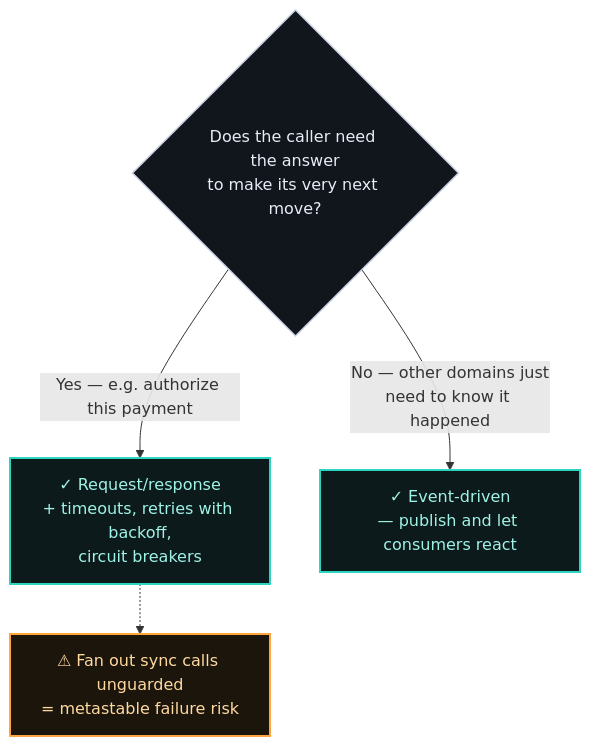
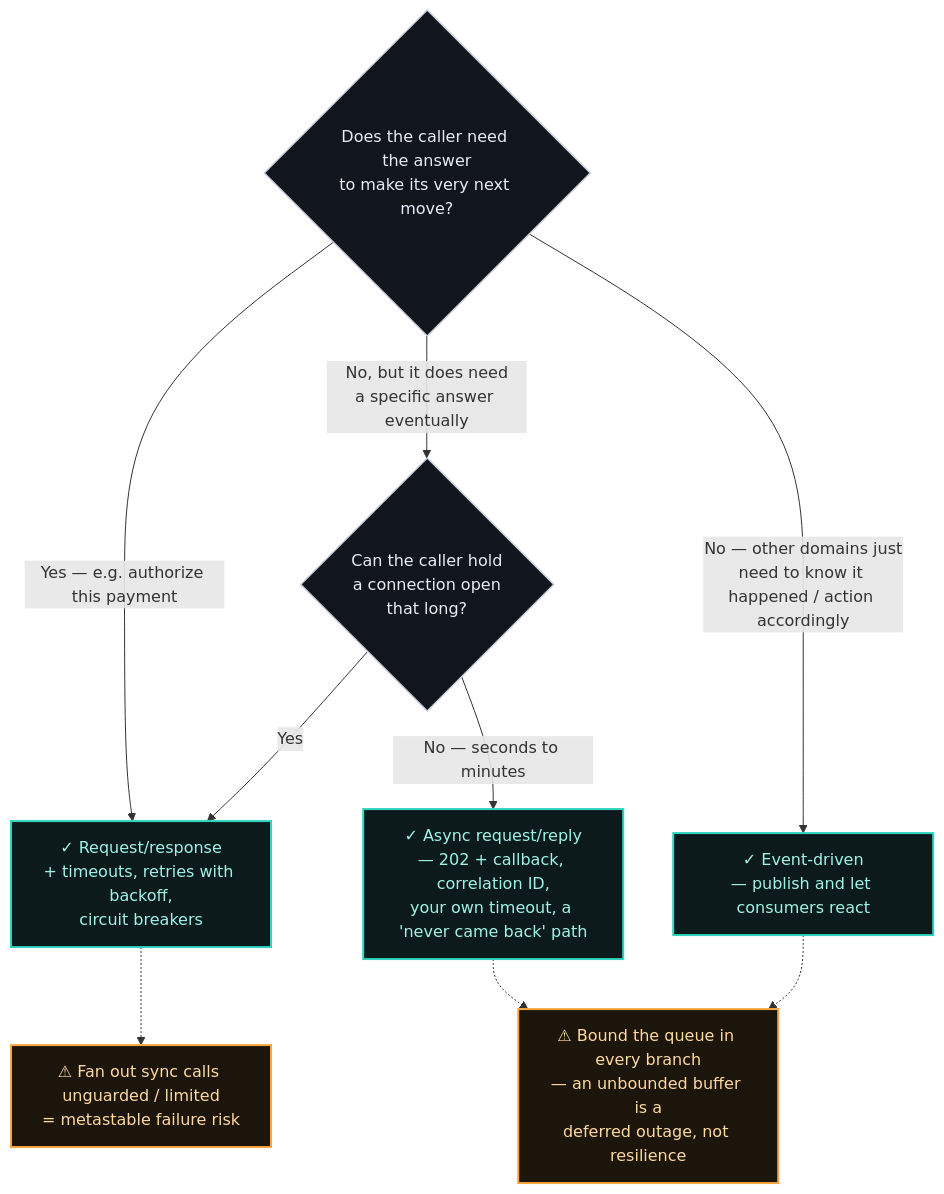
Before and after one commit to raghavarora12/engineering-playbook: the fourth of 4 diagrams in adrs/005-coupling-across-domains.md, drawn with Mermaid. The commit also changed other lines of this file and 1 other file, not shown here.

````diff
--- a/adrs/005-coupling-across-domains.md
+++ b/adrs/005-coupling-across-domains.md
@@ -128,14 +173,19 @@
 ```mermaid
 flowchart TD
     Q1{"Does the caller need the answer<br/>to make its very next move?"}
     Q1 -- "Yes — e.g. authorize this payment" --> RR["✓ Request/response<br/>+ timeouts, retries with backoff,<br/>circuit breakers"]
-    Q1 -- "No — other domains just<br/>need to know it happened" --> EV["✓ Event-driven<br/>— publish and let consumers react"]
-    RR -.-> WARN["⚠ Fan out sync calls unguarded<br/>= metastable failure risk"]
+    Q1 -- "No, but it does need<br/>a specific answer eventually" --> Q2{"Can the caller hold<br/>a connection open<br/>that long?"}
+    Q2 -- "No — seconds to minutes" --> AR["✓ Async request/reply<br/>— 202 + callback, correlation ID,<br/>your own timeout, a 'never came back' path"]
+    Q2 -- "Yes" --> RR
+    Q1 -- "No — other domains just<br/>need to know it happened / action accordingly" --> EV["✓ Event-driven<br/>— publish and let consumers react"]
+    RR -.-> WARN["⚠ Fan out sync calls unguarded / limited<br/>= metastable failure risk"]
+    AR -.-> BP["⚠ Bound the queue in every branch<br/>— an unbounded buffer is a<br/>deferred outage, not resilience"]
+    EV -.-> BP
 
     classDef decision fill:#11151c,stroke:#c7cfe0,stroke-width:1.5px,color:#e7ecf7
     classDef good fill:#0d1a1c,stroke:#2dd4bf,stroke-width:2px,color:#9ff3e6
     classDef warn fill:#1c150c,stroke:#ffa53d,stroke-width:2px,color:#ffd9a0
-    class Q1 decision
-    class RR,EV good
-    class WARN warn
+    class Q1,Q2 decision
+    class RR,AR,EV good
+    class WARN,BP warn
 ```
````
